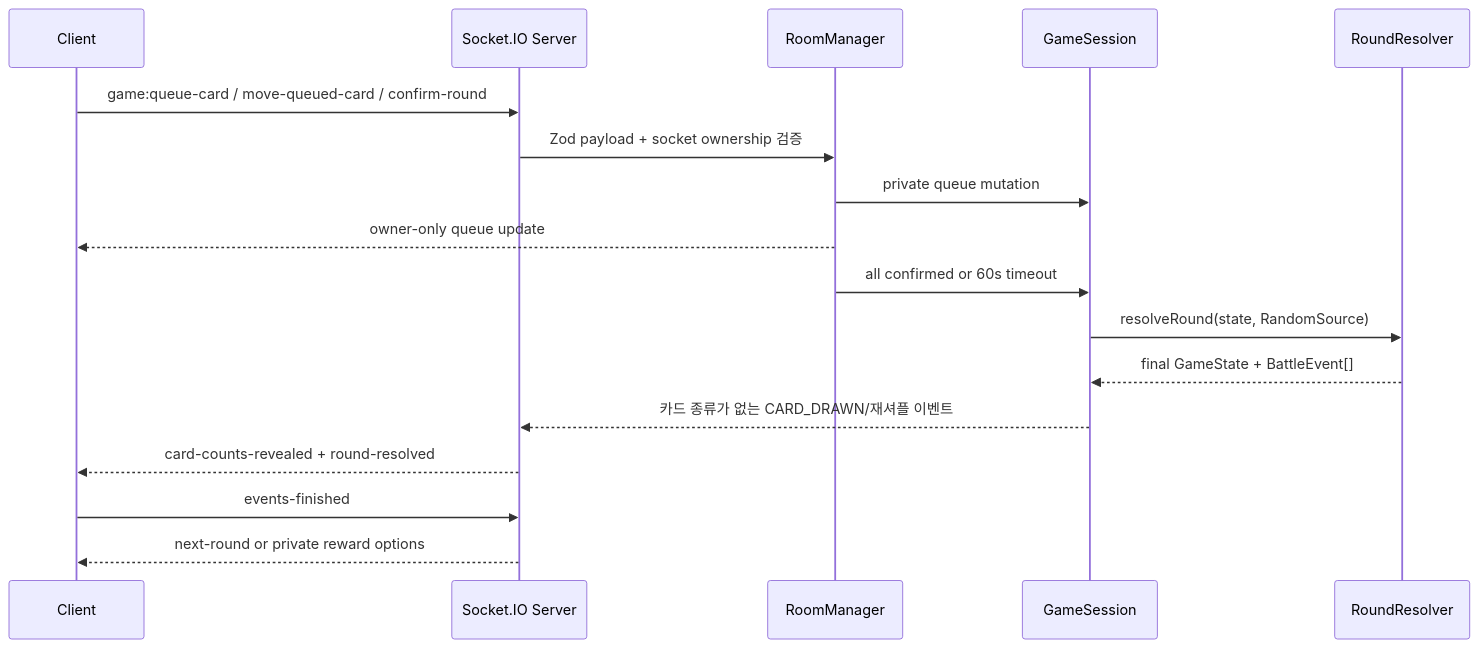
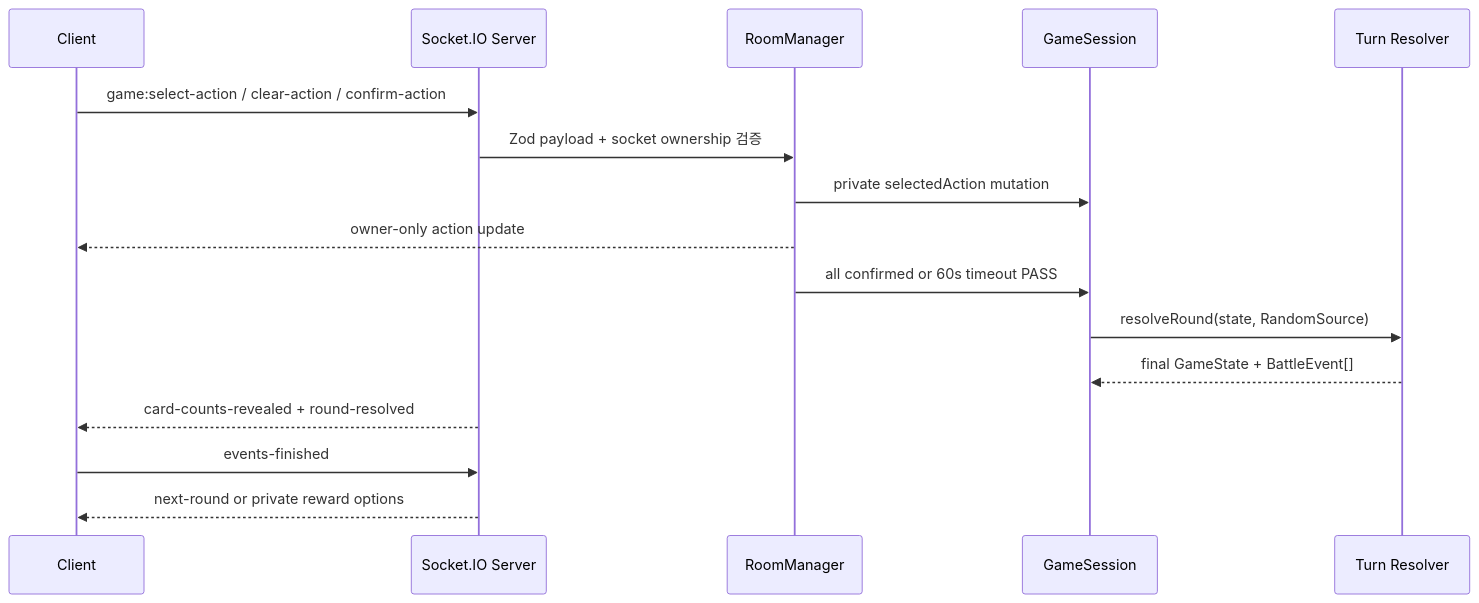
One commit to Ressurd/blind-turn changed the diagram in docs/ARCHITECTURE.md. Above: the diagram before and after it, drawn with Mermaid. The commit also changed other lines of this file and 37 other files, not shown here.

````diff
--- a/docs/ARCHITECTURE.md
+++ b/docs/ARCHITECTURE.md
@@ -15,19 +15,18 @@
 ```mermaid
 sequenceDiagram
   participant C as Client
   participant S as Socket.IO Server
   participant R as RoomManager
   participant G as GameSession
-  participant E as RoundResolver
-  C->>S: game:queue-card / move-queued-card / confirm-round
+  participant E as Turn Resolver
+  C->>S: game:select-action / clear-action / confirm-action
   S->>R: Zod payload + socket ownership 검증
-  R->>G: private queue mutation
-  R-->>C: owner-only queue update
-  R->>G: all confirmed or 60s timeout
+  R->>G: private selectedAction mutation
+  R-->>C: owner-only action update
+  R->>G: all confirmed or 60s timeout PASS
   G->>E: resolveRound(state, RandomSource)
   E-->>G: final GameState + BattleEvent[]
-  G-->>S: 카드 종류가 없는 CARD_DRAWN/재셔플 이벤트
   S-->>C: card-counts-revealed + round-resolved
   C->>S: events-finished
   S-->>C: next-round or private reward options
 ```
````
